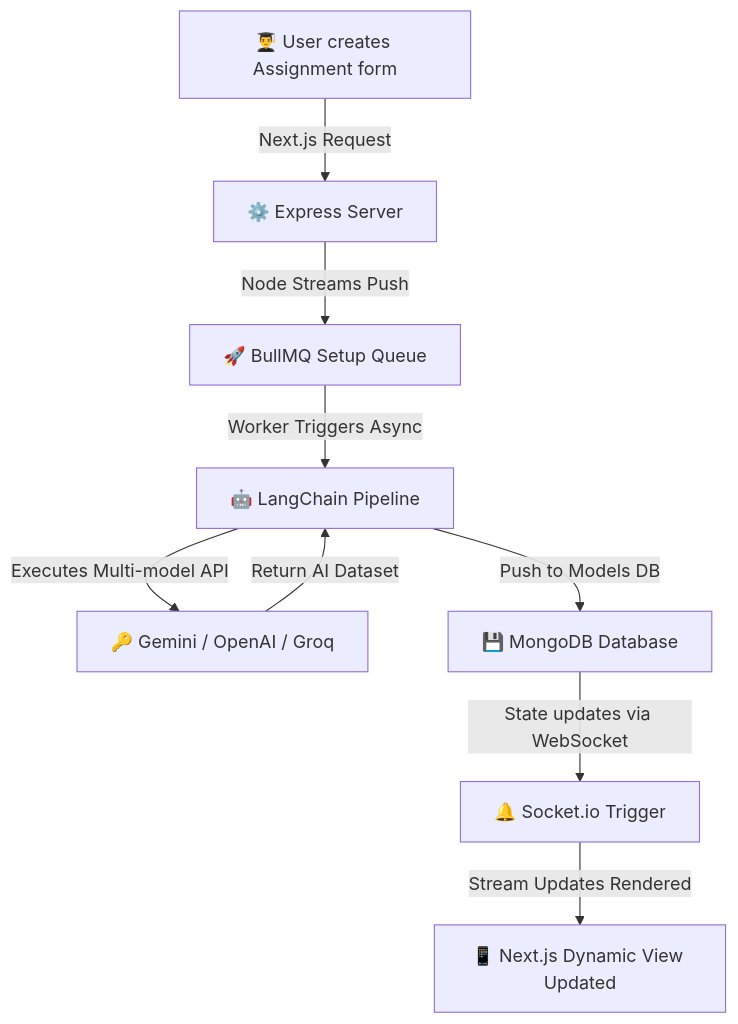
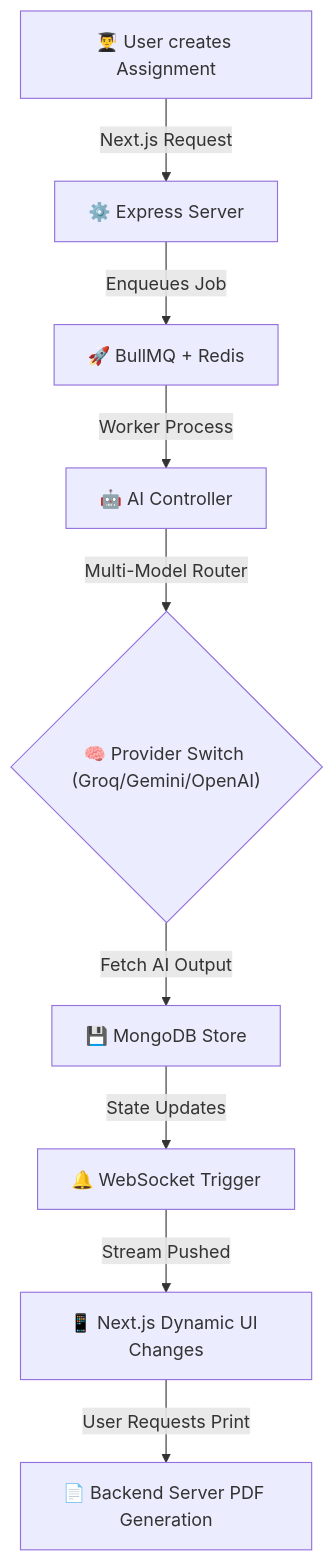
One commit to Harsh231075/veda.ai changed the diagram in README.md. Above: the diagram before and after it, drawn with Mermaid. The commit also changed other lines of this file, not shown here.

````diff
--- a/README.md
+++ b/README.md
@@ -61,11 +37,11 @@
 ```mermaid
 graph TD
-    A["👨‍🎓 User creates Assignment form"] -->|Next.js Request| B["⚙️ Express Server"]
-    B -->|Node Streams Push| C["🚀 BullMQ Setup Queue"]
-    C -->|Worker Triggers Async| D["🤖 LangChain Pipeline"]
-    D -->|Executes Multi-model API| E["🔑 Gemini / OpenAI / Groq"]
-    E -->|Return AI Dataset| D
-    D -->|Push to Models DB| F["💾 MongoDB Database"]
-    F -->|State updates via WebSocket| G["🔔 Socket.io Trigger"]
-    G -->|Stream Updates Rendered| H["📱 Next.js Dynamic View Updated"]
+    A["👨‍🎓 User creates Assignment"] -->|Next.js Request| B["⚙️ Express Server"]
+    B -->|Enqueues Job| C["🚀 BullMQ + Redis"]
+    C -->|Worker Process| D["🤖 AI Controller"]
+    D -->|Multi-Model Router| E{"🧠 Provider Switch (Groq/Gemini/OpenAI)"}
+    E -->|Fetch AI Output| F["💾 MongoDB Store"]
+    F -->|State Updates| G["🔔 WebSocket Trigger"]
+    G -->|Stream Pushed| H["📱 Next.js Dynamic UI Changes"]
+    H -->|User Requests Print| I["📄 Backend Server PDF Generation"]
 ```
````
